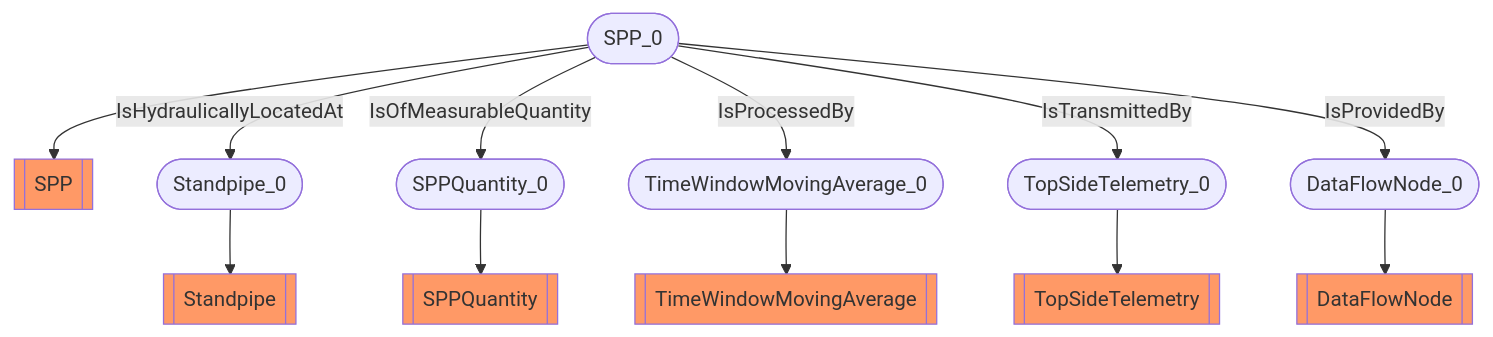
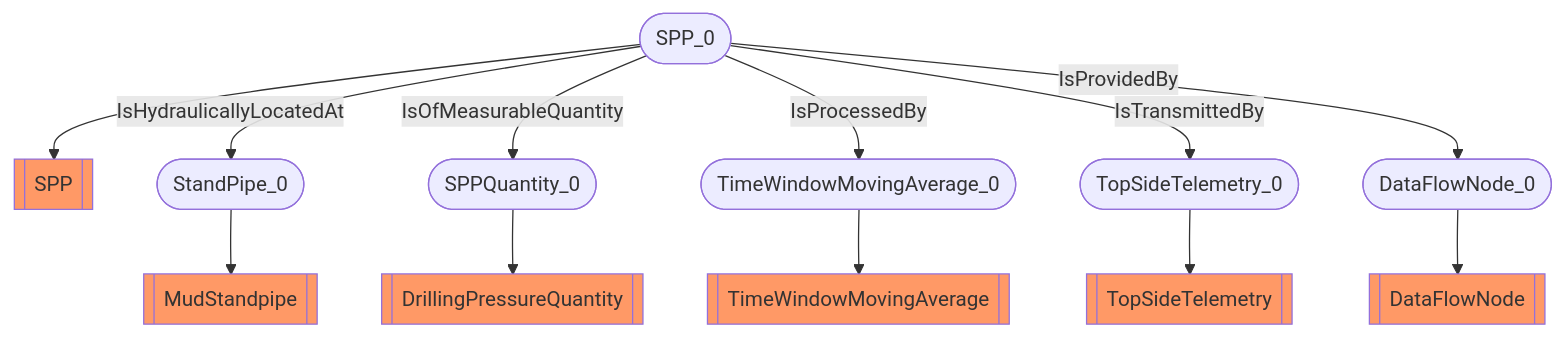
The diagram in docs/vocabulary_development/auto-generated/md/examples/SPP.md (D-WIS/DDHub-Semantic-Interoperability), drawn with Mermaid before and after one commit. The commit also changed other lines of this file and 36 other files, not shown here.

````diff
--- a/docs/vocabulary_development/auto-generated/md/examples/SPP.md
+++ b/docs/vocabulary_development/auto-generated/md/examples/SPP.md
@@ -13,16 +13,16 @@
 ```mermaid
 flowchart TD
 	 classDef typeClass fill:#f96;
 	 classDef classClass fill:#9dd0ff;
 	SPP_0([SPP_0]) --> SPP[[SPP]]:::typeClass
-	Standpipe_0([Standpipe_0]) --> Standpipe[[Standpipe]]:::typeClass
-	SPPQuantity_0([SPPQuantity_0]) --> SPPQuantity[[SPPQuantity]]:::typeClass
+	StandPipe_0([StandPipe_0]) --> MudStandpipe[[MudStandpipe]]:::typeClass
+	SPPQuantity_0([SPPQuantity_0]) --> DrillingPressureQuantity[[DrillingPressureQuantity]]:::typeClass
 	TimeWindowMovingAverage_0([TimeWindowMovingAverage_0]) --> TimeWindowMovingAverage[[TimeWindowMovingAverage]]:::typeClass
 	TopSideTelemetry_0([TopSideTelemetry_0]) --> TopSideTelemetry[[TopSideTelemetry]]:::typeClass
 	DataFlowNode_0([DataFlowNode_0]) --> DataFlowNode[[DataFlowNode]]:::typeClass
-	 SPP_0 -- IsHydraulicallyLocatedAt --> Standpipe_0 
+	 SPP_0 -- IsHydraulicallyLocatedAt --> StandPipe_0 
 	 SPP_0 -- IsOfMeasurableQuantity --> SPPQuantity_0 
 	 SPP_0 -- IsProcessedBy --> TimeWindowMovingAverage_0 
 	 SPP_0 -- IsTransmittedBy --> TopSideTelemetry_0 
 	 SPP_0 -- IsProvidedBy --> DataFlowNode_0 
 ```
````
